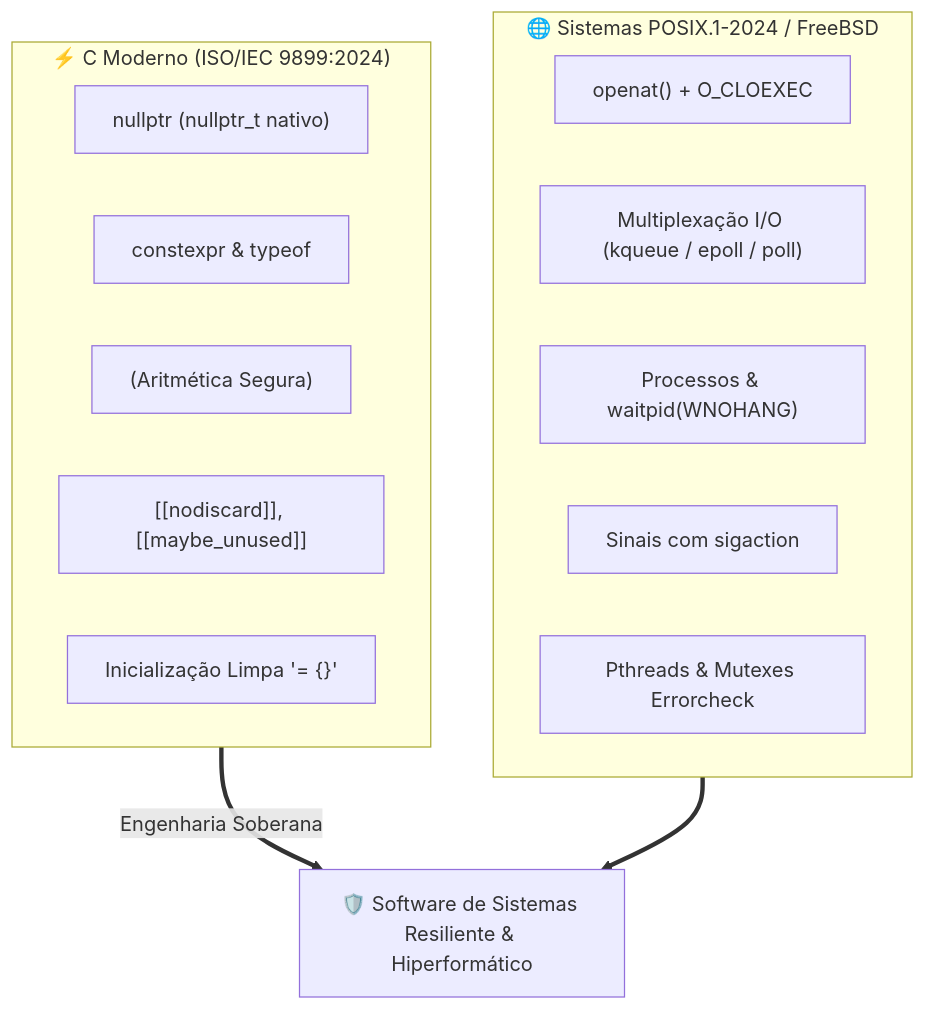
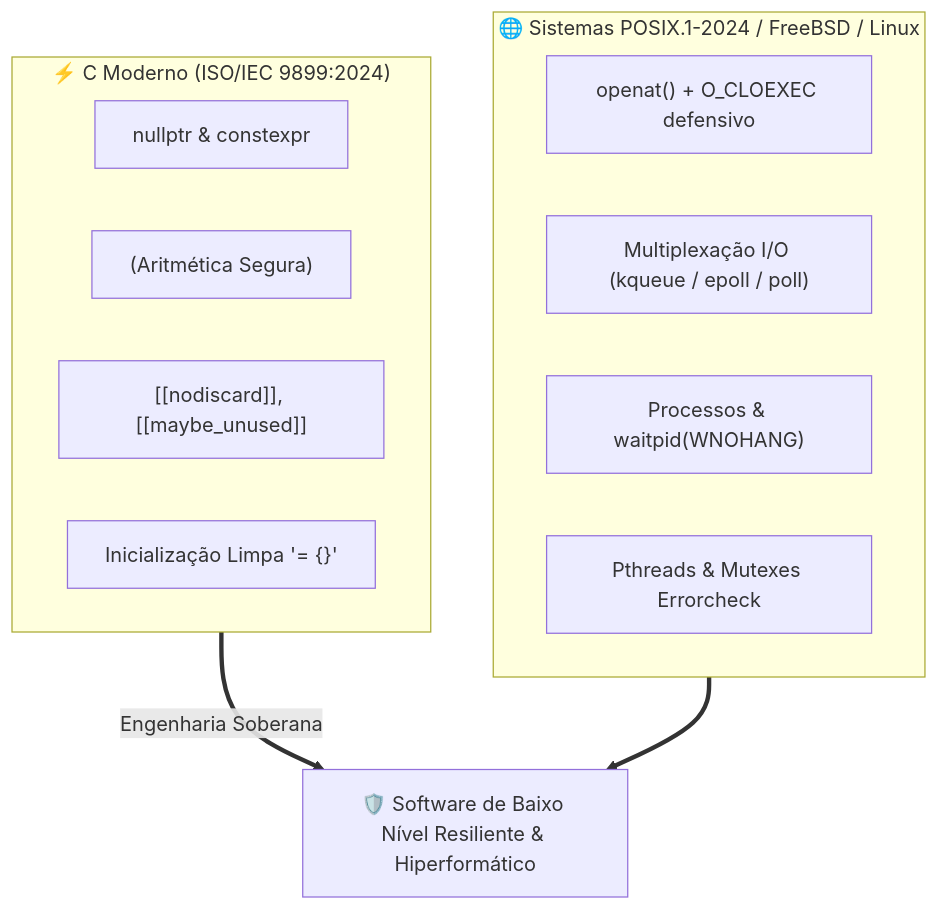
One commit to GabrielFrigo4/profile changed the diagram in skills/c-engineering/SKILL.md. Above: the diagram before and after it, drawn with Mermaid. The commit also changed other lines of this file and 36 other files, not shown here.

````diff
--- a/skills/c-engineering/SKILL.md
+++ b/skills/c-engineering/SKILL.md
@@ -16,21 +16,19 @@
 ```mermaid
 flowchart TD
     subgraph C23 ["⚡ C Moderno (ISO/IEC 9899:2024)"]
-        T1["nullptr (nullptr_t nativo)"]
-        T2["constexpr & typeof"]
-        T3["<stdckdint.h> (Aritmética Segura)"]
-        T4["[[nodiscard]], [[maybe_unused]]"]
-        T5["Inicialização Limpa '= {}'"]
+        T1["nullptr & constexpr"]
+        T2["<stdckdint.h> (Aritmética Segura)"]
+        T3["[[nodiscard]], [[maybe_unused]]"]
+        T4["Inicialização Limpa '= {}'"]
     end
 
-    subgraph POSIX ["🌐 Sistemas POSIX.1-2024 / FreeBSD"]
-        P1["openat() + O_CLOEXEC"]
+    subgraph POSIX ["🌐 Sistemas POSIX.1-2024 / FreeBSD / Linux"]
+        P1["openat() + O_CLOEXEC defensivo"]
         P2["Multiplexação I/O (kqueue / epoll / poll)"]
         P3["Processos & waitpid(WNOHANG)"]
-        P4["Sinais com sigaction"]
-        P5["Pthreads & Mutexes Errorcheck"]
+        P4["Pthreads & Mutexes Errorcheck"]
     end
 
-    C23 ==>|Engenharia Soberana| BIN["🛡️ Software de Sistemas Resiliente & Hiperformático"]
+    C23 ==>|Engenharia Soberana| BIN["🛡️ Software de Baixo Nível Resiliente & Hiperformático"]
     POSIX ==> BIN
 ```
````
